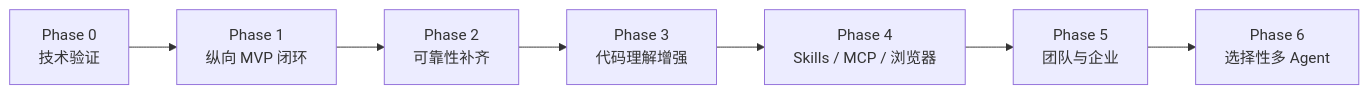
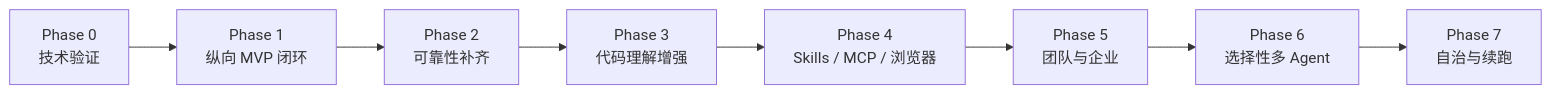
One commit to OPQ741/mod-agent changed the diagram in docs/roadmap.md. Above: the diagram before and after it, drawn with Mermaid. The commit also changed other lines of this file and 13 other files, not shown here.

````diff
--- a/docs/roadmap.md
+++ b/docs/roadmap.md
@@ -43,9 +48,10 @@
 ```mermaid
 flowchart LR
     P0["Phase 0<br/>技术验证"] --> P1["Phase 1<br/>纵向 MVP 闭环"]
     P1 --> P2["Phase 2<br/>可靠性补齐"]
     P2 --> P3["Phase 3<br/>代码理解增强"]
     P3 --> P4["Phase 4<br/>Skills / MCP / 浏览器"]
     P4 --> P5["Phase 5<br/>团队与企业"]
     P5 --> P6["Phase 6<br/>选择性多 Agent"]
+    P6 --> P7["Phase 7<br/>自治与续跑"]
 ```
````
